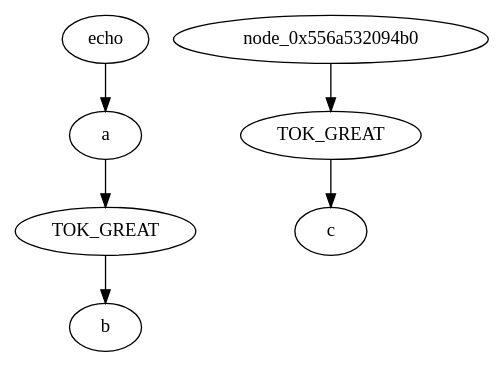
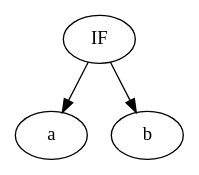
Before and after one commit to TristanBilot/42sh: the diagram in ast.dot, drawn with Graphviz. The commit also changed 21 other files, not shown here.

```diff
--- a/ast.dot
+++ b/ast.dot
@@ -1,13 +1,7 @@
 digraph AST {
-	node_0x556a53209470 [label="echo"];
-	node_0x556a53209490 [label="a"];
-	node_0x556a53209470 -> node_0x556a53209490;
-	node_0x556a532094d0 [label="TOK_GREAT"];
-	node_0x556a53209490 -> node_0x556a532094d0;
-	node_0x556a5320a080 [label="b"];
-	node_0x556a532094d0 -> node_0x556a5320a080;
-	node_0x556a53209930 [label="TOK_GREAT"];
-	node_0x556a532094b0 -> node_0x556a53209930;
-	node_0x556a5320a320 [label="c"];
-	node_0x556a53209930 -> node_0x556a5320a320;
+	node_0x6030000019c0 [label=IF];
+	node_0x603000001ba0 [label="a"];
+	node_0x6030000019c0 -> node_0x603000001ba0;
+	node_0x603000001db0 [label="b"];
+	node_0x6030000019c0 -> node_0x603000001db0;
 }
```
